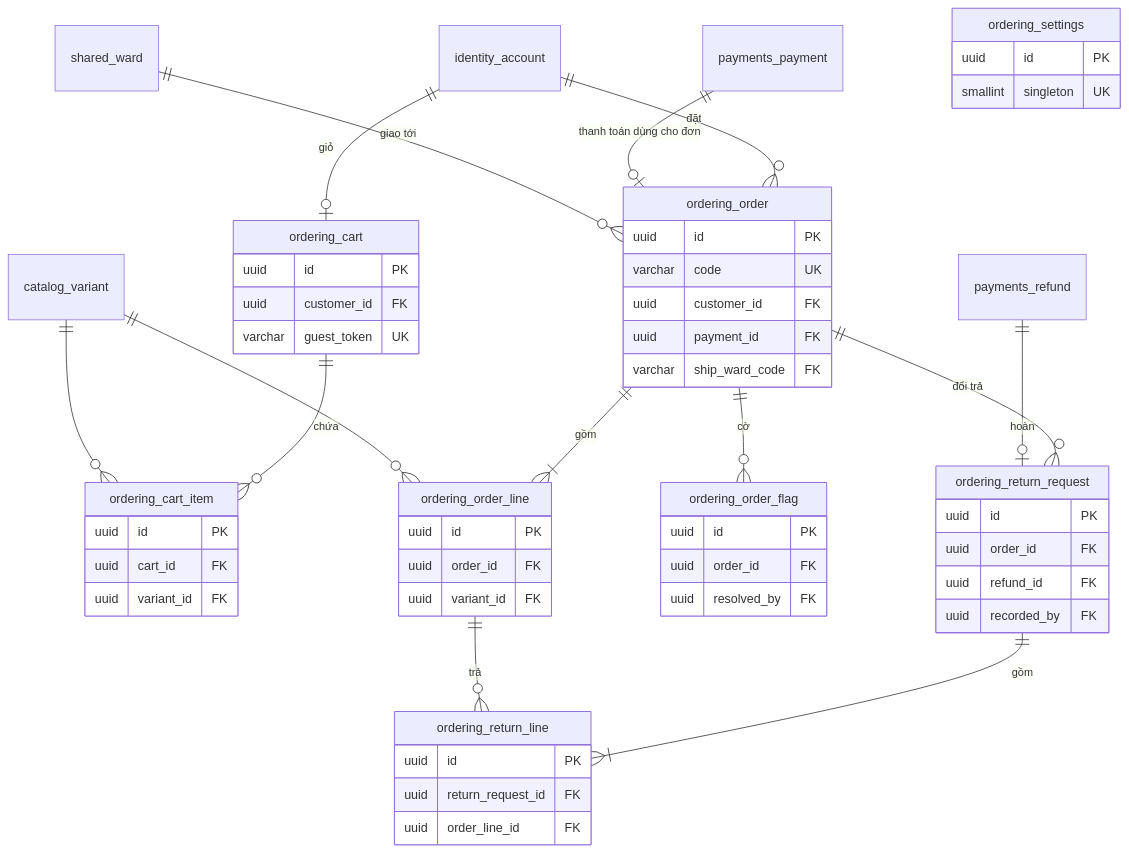
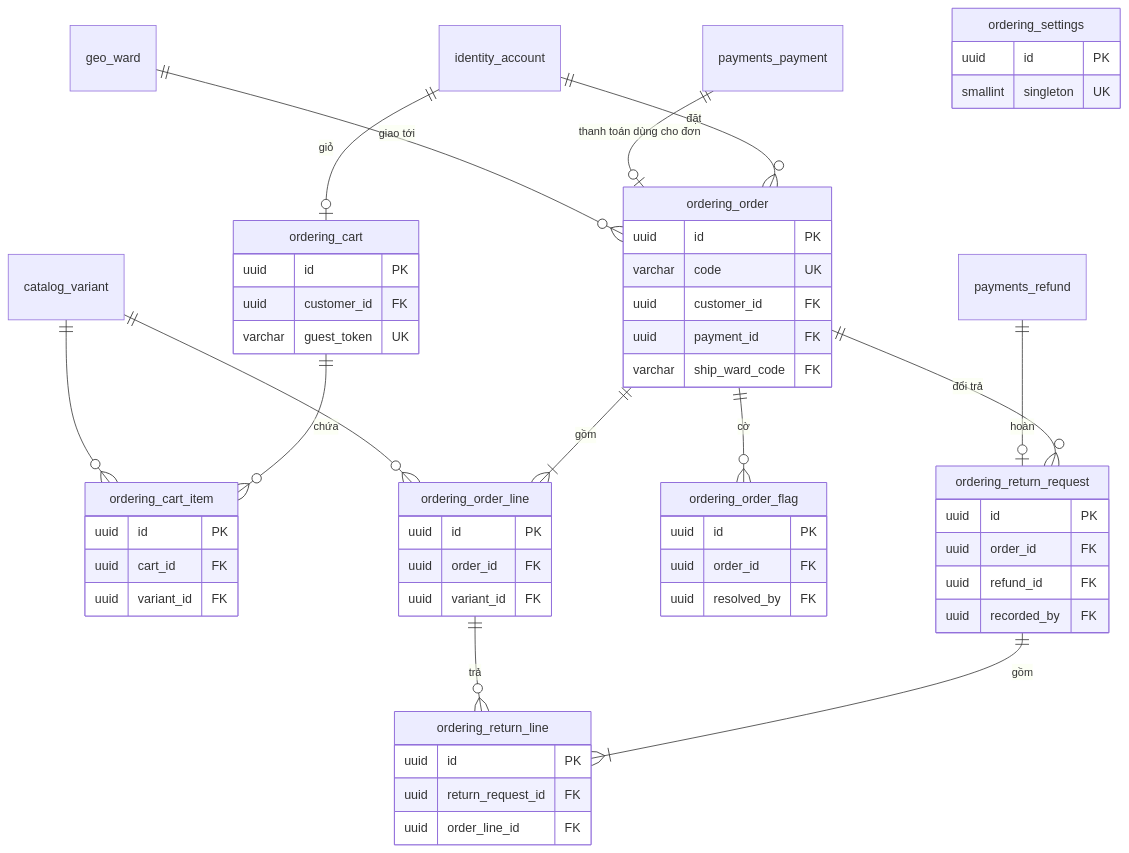
One commit to LuongCongThanh/fashion-store-backend changed the ninth of 10 diagrams in docs/architecture/03-data-model.md. Above: the diagram before and after it, drawn with Mermaid. The commit also changed other lines of this file and 17 other files, not shown here.

Commit message:
docs(architecture): align docs with ADR 0018 target layout and fix broken anchors

````diff
--- a/docs/architecture/03-data-model.md
+++ b/docs/architecture/03-data-model.md
@@ -1129,58 +1129,58 @@
 ```mermaid
 erDiagram
     ordering_cart ||--o{ ordering_cart_item : "chứa"
     ordering_order ||--|{ ordering_order_line : "gồm"
     ordering_order ||--o{ ordering_order_flag : "cờ"
     ordering_order ||--o{ ordering_return_request : "đổi trả"
     ordering_return_request ||--|{ ordering_return_line : "gồm"
     ordering_order_line ||--o{ ordering_return_line : "trả"
     identity_account ||--o| ordering_cart : "giỏ"
     identity_account ||--o{ ordering_order : "đặt"
     catalog_variant ||--o{ ordering_cart_item : ""
     catalog_variant ||--o{ ordering_order_line : ""
     payments_payment ||--o| ordering_order : "thanh toán dùng cho đơn"
     payments_refund ||--o| ordering_return_request : "hoàn"
-    shared_ward ||--o{ ordering_order : "giao tới"
+    geo_ward ||--o{ ordering_order : "giao tới"
     ordering_cart {
         uuid id PK
         uuid customer_id FK
         varchar guest_token UK
     }
     ordering_cart_item {
         uuid id PK
         uuid cart_id FK
         uuid variant_id FK
     }
     ordering_order {
         uuid id PK
         varchar code UK
         uuid customer_id FK
         uuid payment_id FK
         varchar ship_ward_code FK
     }
     ordering_order_line {
         uuid id PK
         uuid order_id FK
         uuid variant_id FK
     }
     ordering_order_flag {
         uuid id PK
         uuid order_id FK
         uuid resolved_by FK
     }
     ordering_return_request {
         uuid id PK
         uuid order_id FK
         uuid refund_id FK
         uuid recorded_by FK
     }
     ordering_return_line {
         uuid id PK
         uuid return_request_id FK
         uuid order_line_id FK
     }
     ordering_settings {
         uuid id PK
         smallint singleton UK
     }
 ```
````
